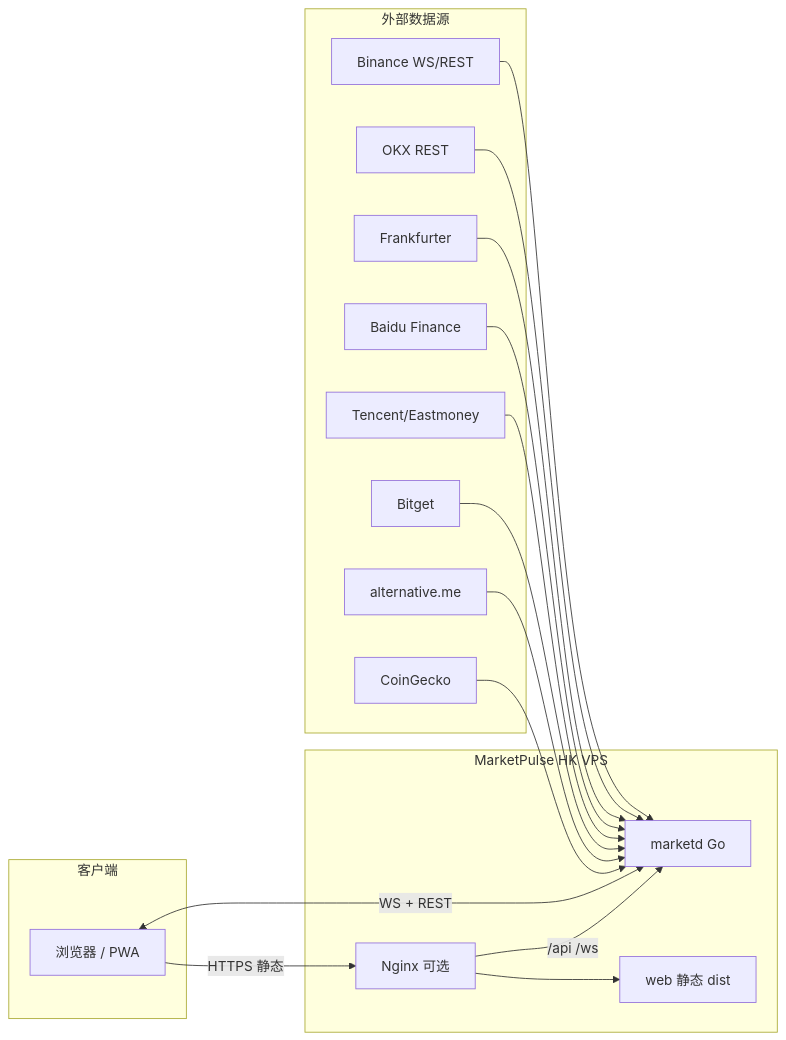
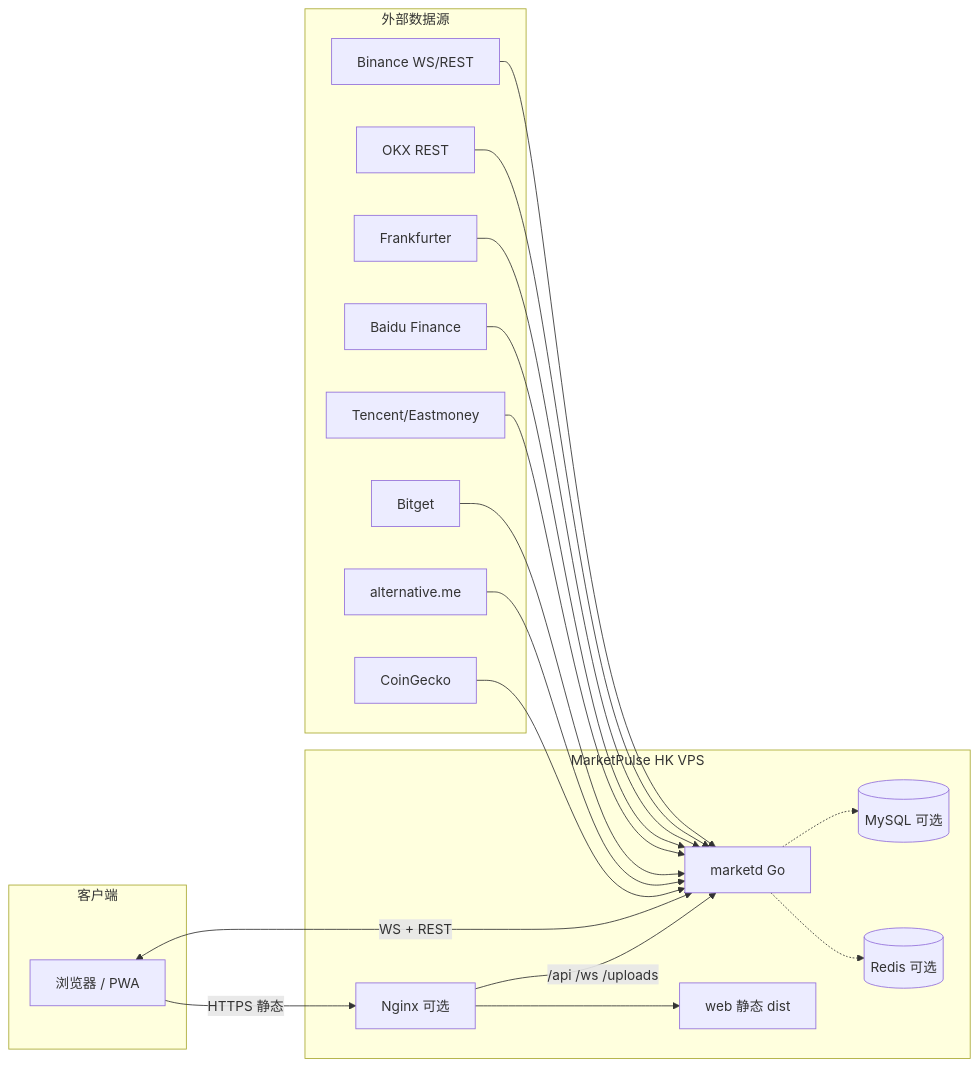
Before and after one commit to lzqqdy/marketpulse: the first of 4 diagrams in docs/RFC-001-architecture.md, drawn with Mermaid. The commit also changed other lines of this file and 15 other files, not shown here.

````diff
--- a/docs/RFC-001-architecture.md
+++ b/docs/RFC-001-architecture.md
@@ -53,30 +62,34 @@
 ```mermaid
 flowchart LR
     subgraph external [外部数据源]
         BN[Binance WS/REST]
         OKX[OKX REST]
         FF[Frankfurter]
         BD[Baidu Finance]
         TC[Tencent/Eastmoney]
         BG[Bitget]
         FNG[alternative.me]
         CG[CoinGecko]
     end
 
     subgraph marketpulse [MarketPulse HK VPS]
         MD[marketd Go]
+        MYSQL[(MySQL 可选)]
+        REDIS[(Redis 可选)]
         NG[Nginx 可选]
         WEB[web 静态 dist]
     end
 
     subgraph client [客户端]
         BR[浏览器 / PWA]
     end
 
     BN --> MD
     OKX & FF & BD & TC & BG & FNG & CG --> MD
+    MD -.-> MYSQL
+    MD -.-> REDIS
     BR <-->|WS + REST| MD
     BR -->|HTTPS 静态| NG
     NG --> WEB
-    NG -->|/api /ws| MD
+    NG -->|/api /ws /uploads| MD
 ```
````
